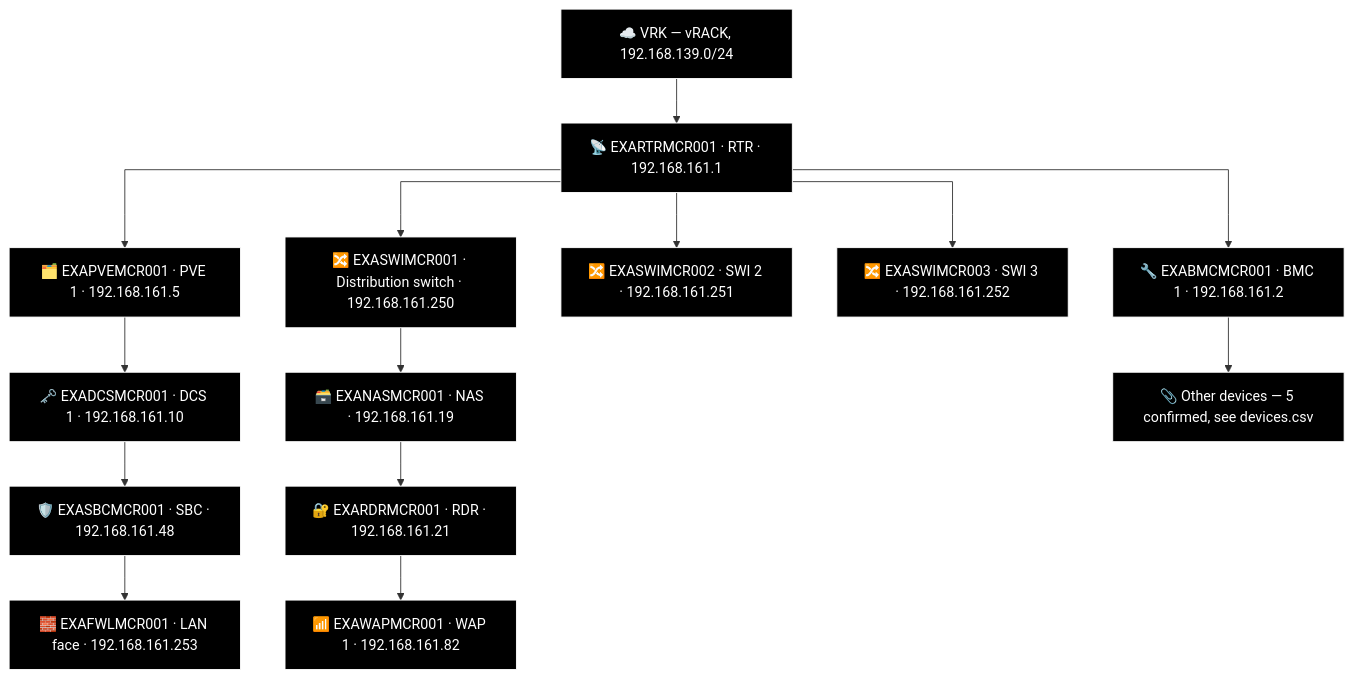
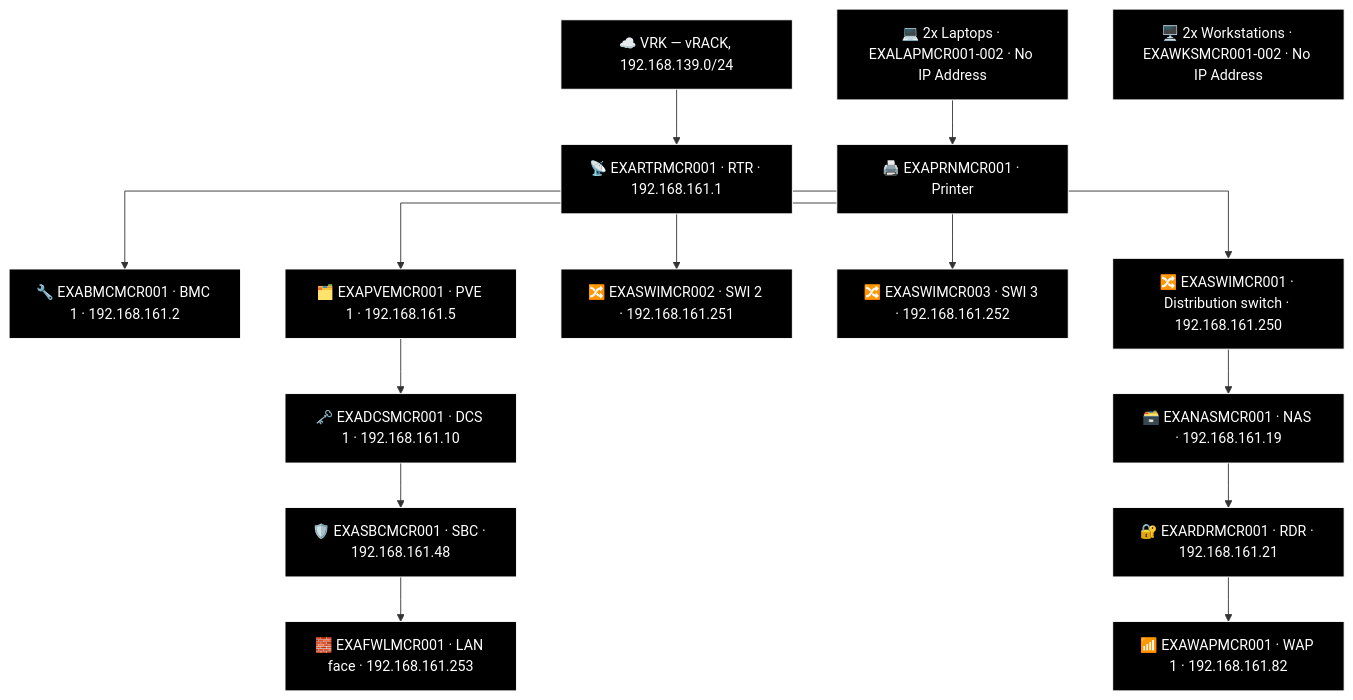
One commit to knightmare2600/example_music_infra changed the sixth of 18 diagrams in docs/network-diagram/england.md. Above: the diagram before and after it, drawn with Mermaid. The commit also changed other lines of this file and 8 other files, not shown here.

First line of the commit message:
generate_network_diagrams.py: port FAL's two-column "Other" bucket into the generator

````diff
--- a/docs/network-diagram/england.md
+++ b/docs/network-diagram/england.md
@@ -232,43 +258,47 @@
 ```mermaid
 %% GENERATED:TOPOLOGY:MCR:START
 %%{init: {'flowchart': {'curve': 'stepAfter'}}}%%
 graph TD
     T_VRK["☁️ VRK — vRACK, 192.168.139.0/24"]
     T_RTR["📡 EXARTRMCR001 · RTR · 192.168.161.1"]
     T_VRK --> T_RTR
     T_BMC["🔧 EXABMCMCR001 · BMC 1 · 192.168.161.2"]
     T_RTR --> T_BMC
     T_PVE["🗂️ EXAPVEMCR001 · PVE 1 · 192.168.161.5"]
     T_RTR --> T_PVE
     T_SWI["🔀 EXASWIMCR002 · SWI 2 · 192.168.161.251"]
     T_RTR --> T_SWI
     T_SWI2["🔀 EXASWIMCR003 · SWI 3 · 192.168.161.252"]
     T_RTR --> T_SWI2
     T_SWI3["🔀 EXASWIMCR001 · Distribution switch · 192.168.161.250"]
     T_RTR --> T_SWI3
     T_NAS["🗃️ EXANASMCR001 · NAS · 192.168.161.19"]
     T_RDR["🔐 EXARDRMCR001 · RDR · 192.168.161.21"]
     T_WAP["📶 EXAWAPMCR001 · WAP 1 · 192.168.161.82"]
     T_SWI3 --> T_NAS --> T_RDR --> T_WAP
     T_DCS["🗝️ EXADCSMCR001 · DCS 1 · 192.168.161.10"]
     T_SBC["🛡️ EXASBCMCR001 · SBC · 192.168.161.48"]
     T_FWL["🧱 EXAFWLMCR001 · LAN face · 192.168.161.253"]
     T_PVE --> T_DCS --> T_SBC --> T_FWL
-    T_OTHER["📎 Other devices — 5 confirmed, see devices.csv"]
-    T_BMC --> T_OTHER
+    T_OTH_LAP["💻 2x Laptops · EXALAPMCR001-002 · No IP Address"]
+    T_OTH_WKS["🖥️ 2x Workstations · EXAWKSMCR001-002 · No IP Address"]
+    T_PRN["🖨️ EXAPRNMCR001 · Printer"]
+    T_OTH_LAP --> T_PRN
     style T_VRK fill:#000000,stroke:#FFFFFF,color:#FFFFFF
     style T_RTR fill:#000000,stroke:#FFFFFF,color:#FFFFFF
     style T_BMC fill:#000000,stroke:#FFFFFF,color:#FFFFFF
     style T_PVE fill:#000000,stroke:#FFFFFF,color:#FFFFFF
     style T_SWI fill:#000000,stroke:#FFFFFF,color:#FFFFFF
     style T_SWI2 fill:#000000,stroke:#FFFFFF,color:#FFFFFF
     style T_SWI3 fill:#000000,stroke:#FFFFFF,color:#FFFFFF
     style T_NAS fill:#000000,stroke:#FFFFFF,color:#FFFFFF
     style T_RDR fill:#000000,stroke:#FFFFFF,color:#FFFFFF
     style T_WAP fill:#000000,stroke:#FFFFFF,color:#FFFFFF
     style T_DCS fill:#000000,stroke:#FFFFFF,color:#FFFFFF
     style T_SBC fill:#000000,stroke:#FFFFFF,color:#FFFFFF
     style T_FWL fill:#000000,stroke:#FFFFFF,color:#FFFFFF
-    style T_OTHER fill:#000000,stroke:#FFFFFF,color:#FFFFFF
+    style T_OTH_LAP fill:#000000,stroke:#FFFFFF,color:#FFFFFF
+    style T_OTH_WKS fill:#000000,stroke:#FFFFFF,color:#FFFFFF
+    style T_PRN fill:#000000,stroke:#FFFFFF,color:#FFFFFF
 %% GENERATED:TOPOLOGY:MCR:END
 ```
````
